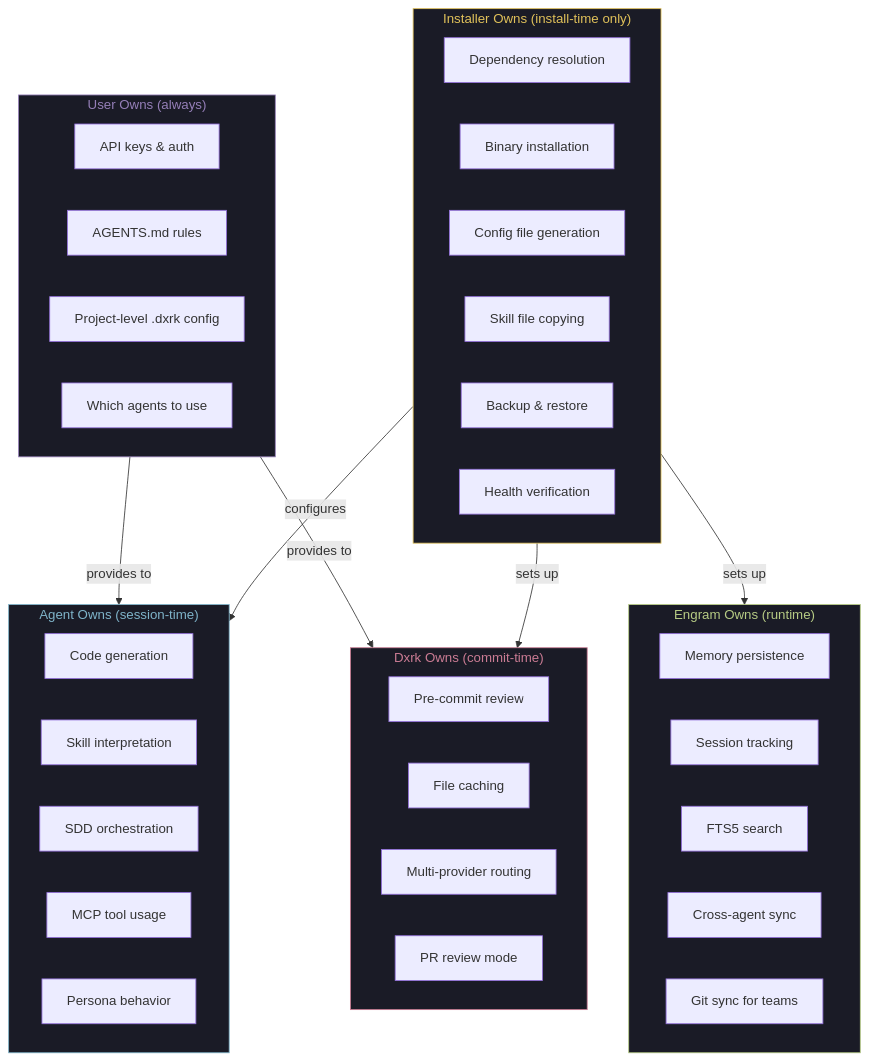
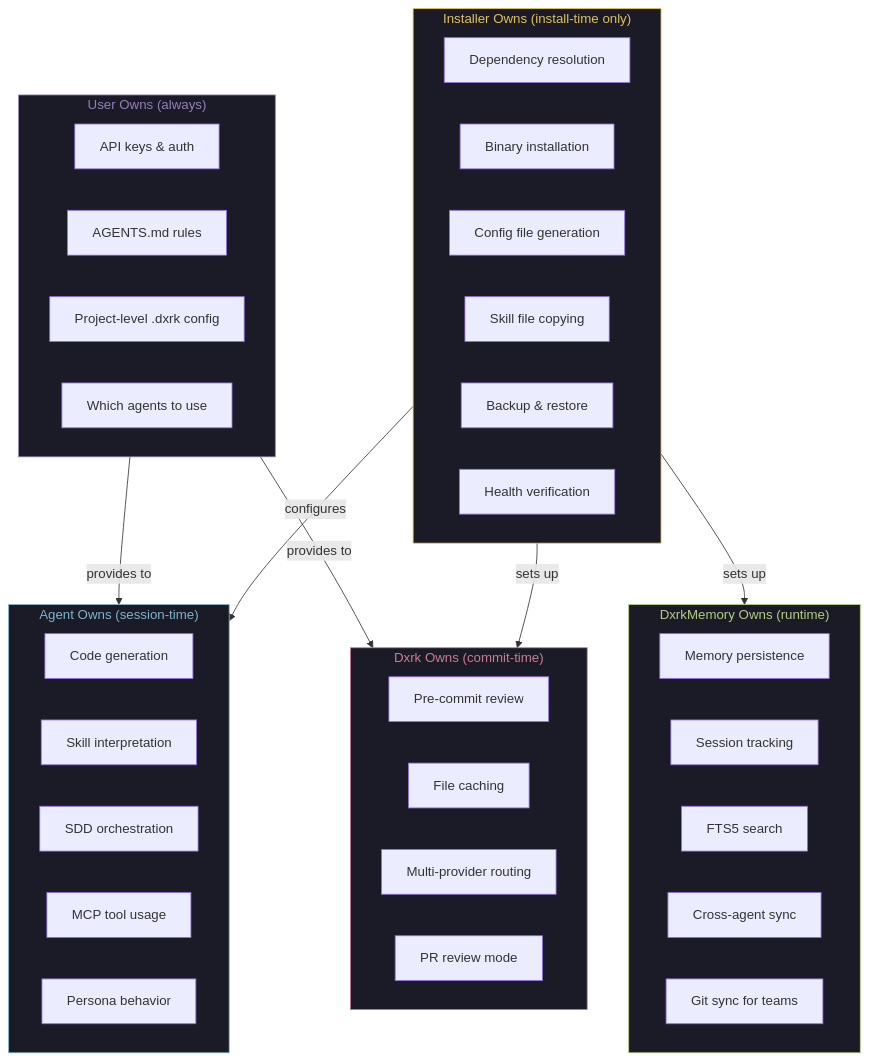
The seventh of 7 diagrams in PRD.md (Dxrk777/Dxrk-AI), drawn with Mermaid before and after one commit. The commit also changed other lines of this file and 118 other files, not shown here.

````diff
--- a/PRD.md
+++ b/PRD.md
@@ -985,58 +985,58 @@
 ```mermaid
 graph TB
     subgraph INSTALLER_OWNS["Installer Owns (install-time only)"]
         direction LR
         I1[Dependency resolution]
         I2[Binary installation]
         I3[Config file generation]
         I4[Skill file copying]
         I5[Backup & restore]
         I6[Health verification]
     end
 
-    subgraph ENGRAM_OWNS["Engram Owns (runtime)"]
+    subgraph ENGRAM_OWNS["DxrkMemory Owns (runtime)"]
         direction LR
         E1[Memory persistence]
         E2[Session tracking]
         E3[FTS5 search]
         E4[Cross-agent sync]
         E5[Git sync for teams]
     end
 
     subgraph Dxrk_OWNS["Dxrk Owns (commit-time)"]
         direction LR
         G1[Pre-commit review]
         G2[File caching]
         G3[Multi-provider routing]
         G4[PR review mode]
     end
 
     subgraph AGENT_OWNS["Agent Owns (session-time)"]
         direction LR
         A1[Code generation]
         A2[Skill interpretation]
         A3[SDD orchestration]
         A4[MCP tool usage]
         A5[Persona behavior]
     end
 
     subgraph USER_OWNS["User Owns (always)"]
         direction LR
         U1[API keys & auth]
         U2[AGENTS.md rules]
         U3[Project-level .dxrk config]
         U4[Which agents to use]
     end
 
     INSTALLER_OWNS -->|"sets up"| ENGRAM_OWNS
     INSTALLER_OWNS -->|"sets up"| Dxrk_OWNS
     INSTALLER_OWNS -->|"configures"| AGENT_OWNS
     USER_OWNS -->|"provides to"| AGENT_OWNS
     USER_OWNS -->|"provides to"| Dxrk_OWNS
 
     style INSTALLER_OWNS fill:#1a1b26,stroke:#E0C15A,color:#E0C15A
     style ENGRAM_OWNS fill:#1a1b26,stroke:#B7CC85,color:#B7CC85
     style Dxrk_OWNS fill:#1a1b26,stroke:#CB7C94,color:#CB7C94
     style AGENT_OWNS fill:#1a1b26,stroke:#7FB4CA,color:#7FB4CA
     style USER_OWNS fill:#1a1b26,stroke:#957FB8,color:#957FB8
 ```
````
